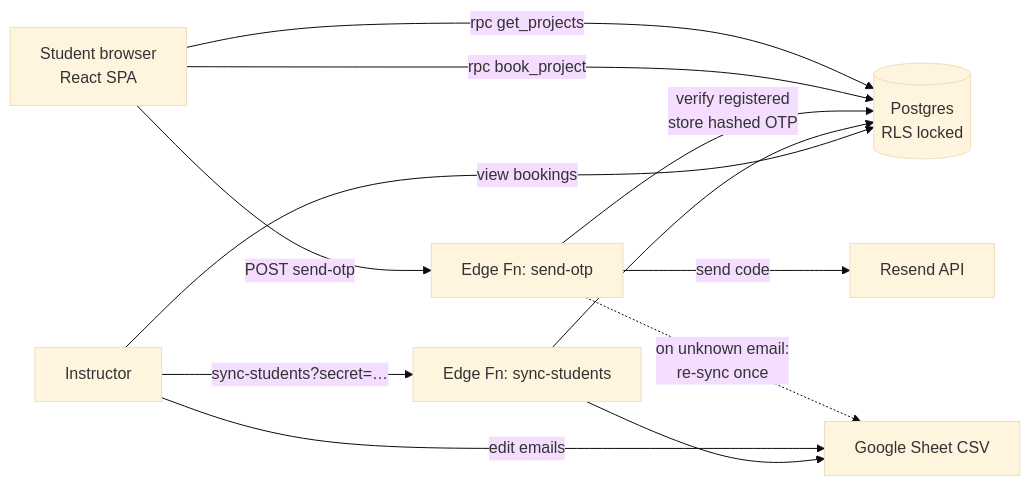
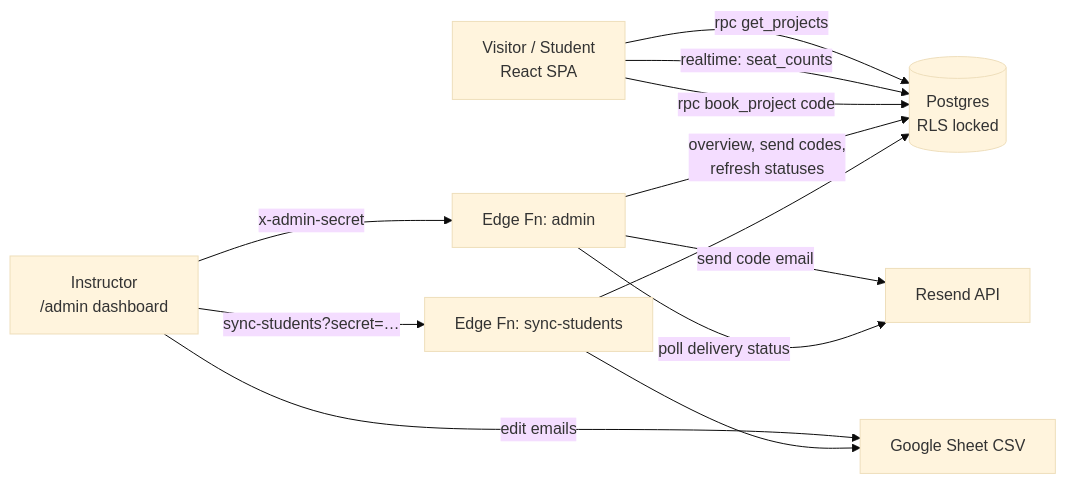
The first of 2 diagrams in docs/PRD.md (Humble-Coders/project-booking), drawn with Mermaid (base theme) before and after one commit. The commit also changed other lines of this file and 8 other files, not shown here.

Commit message:
PRD v2: code-based booking + admin dashboard + realtime; rework tickets 1-5, add ticket 6

````diff
--- a/docs/PRD.md
+++ b/docs/PRD.md
@@ -44,13 +46,13 @@
 ```mermaid
 flowchart LR
-    S[Student browser\nReact SPA] -->|rpc get_projects| DB[(Postgres\nRLS locked)]
-    S -->|POST send-otp| F1[Edge Fn: send-otp]
-    S -->|rpc book_project| DB
-    F1 -->|verify registered\nstore hashed OTP| DB
-    F1 -->|send code| R[Resend API]
-    F1 -.->|on unknown email:\nre-sync once| G[Google Sheet CSV]
-    I[Instructor] -->|edit emails| G
-    I -->|sync-students?secret=…| F2[Edge Fn: sync-students] --> G
+    V[Visitor / Student\nReact SPA] -->|rpc get_projects| DB[(Postgres\nRLS locked)]
+    V -->|realtime: seat_counts| DB
+    V -->|rpc book_project code| DB
+    A[Instructor\n/admin dashboard] -->|x-admin-secret| F1[Edge Fn: admin]
+    F1 -->|overview, send codes,\nrefresh statuses| DB
+    F1 -->|send code email| R[Resend API]
+    F1 -->|poll delivery status| R
+    A -->|edit emails| G[Google Sheet CSV]
+    A -->|sync-students?secret=…| F2[Edge Fn: sync-students] --> G
     F2 --> DB
-    I -->|view bookings| DB
 ```
````
